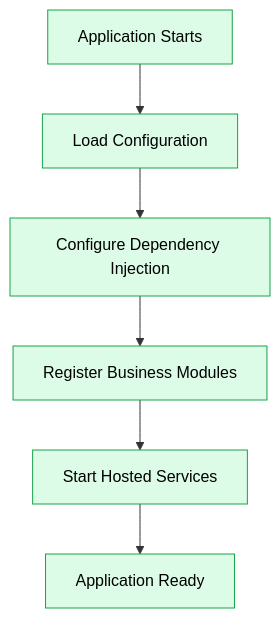
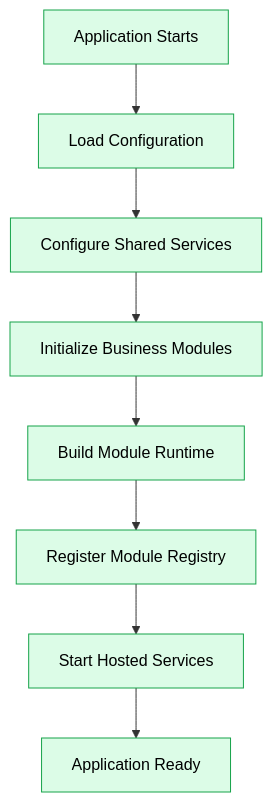
One commit to soufiane-rizk/Jobwize changed the third of 7 diagrams in docs/architecture/09-runtime.md. Above: the diagram before and after it, drawn with Mermaid. The commit also changed other lines of this file and 42 other files, not shown here.

First line of the commit message:
feat(runtime): replace MediatR with custom module runtime

````diff
--- a/docs/architecture/09-runtime.md
+++ b/docs/architecture/09-runtime.md
@@ -143,25 +176,31 @@
 ```mermaid
 flowchart TD
 
     Start["Application Starts"]
 
     Configuration["Load Configuration"]
 
-    DI["Configure Dependency Injection"]
+    Shared["Configure Shared Services"]
 
-    Modules["Register Business Modules"]
+    Modules["Initialize Business Modules"]
+
+    Runtime["Build Module Runtime"]
+
+    Registry["Register Module Registry"]
 
     Hosted["Start Hosted Services"]
 
     Ready["Application Ready"]
 
     Start --> Configuration
-    Configuration --> DI
-    DI --> Modules
-    Modules --> Hosted
+    Configuration --> Shared
+    Shared --> Modules
+    Modules --> Runtime
+    Runtime --> Registry
+    Registry --> Hosted
     Hosted --> Ready
 
     classDef application fill:#dcfce7,stroke:#16a34a,color:#000;
 
-    class Start,Configuration,DI,Modules,Hosted,Ready application;
+    class Start,Configuration,Shared,Modules,Runtime,Registry,Hosted,Ready application;
 ```
````
